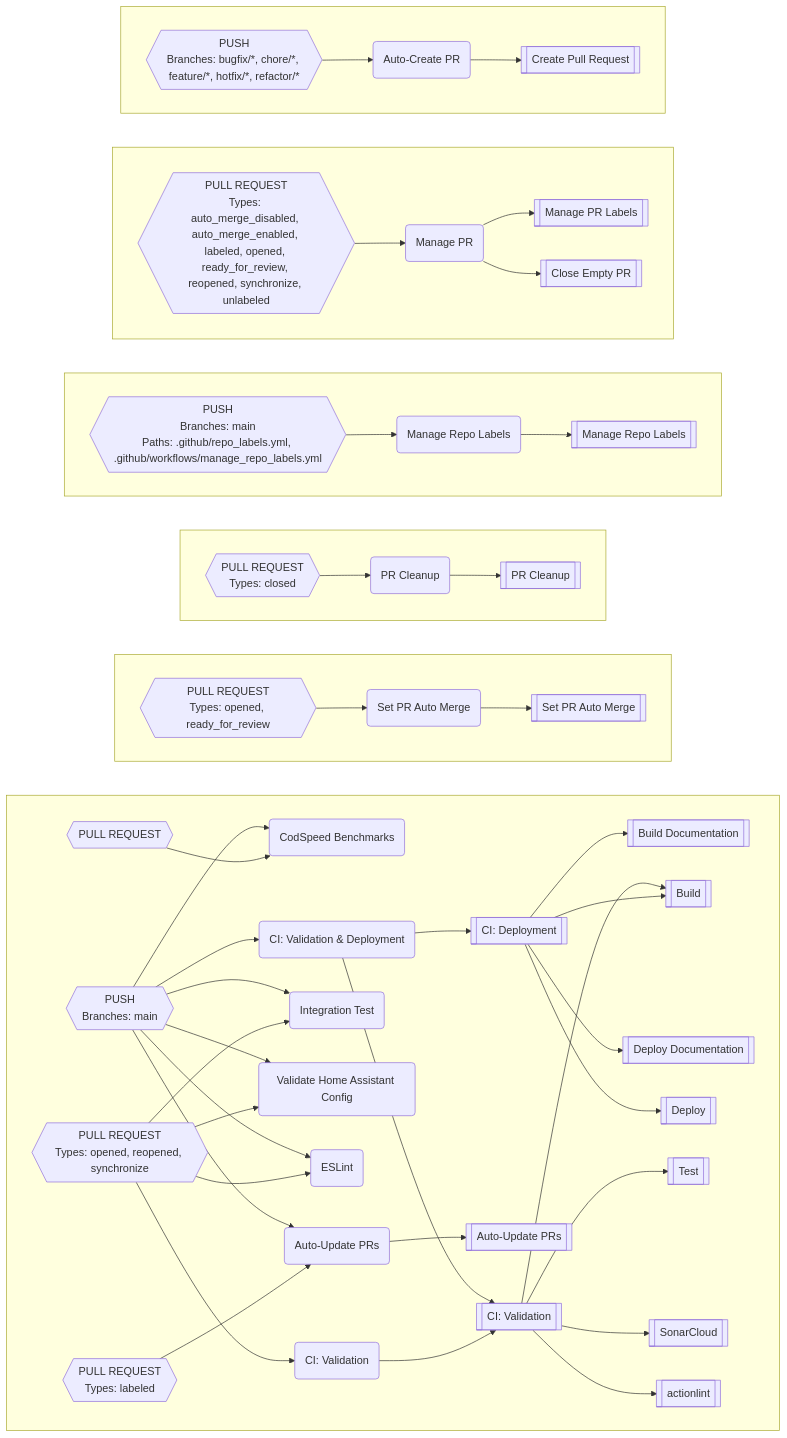
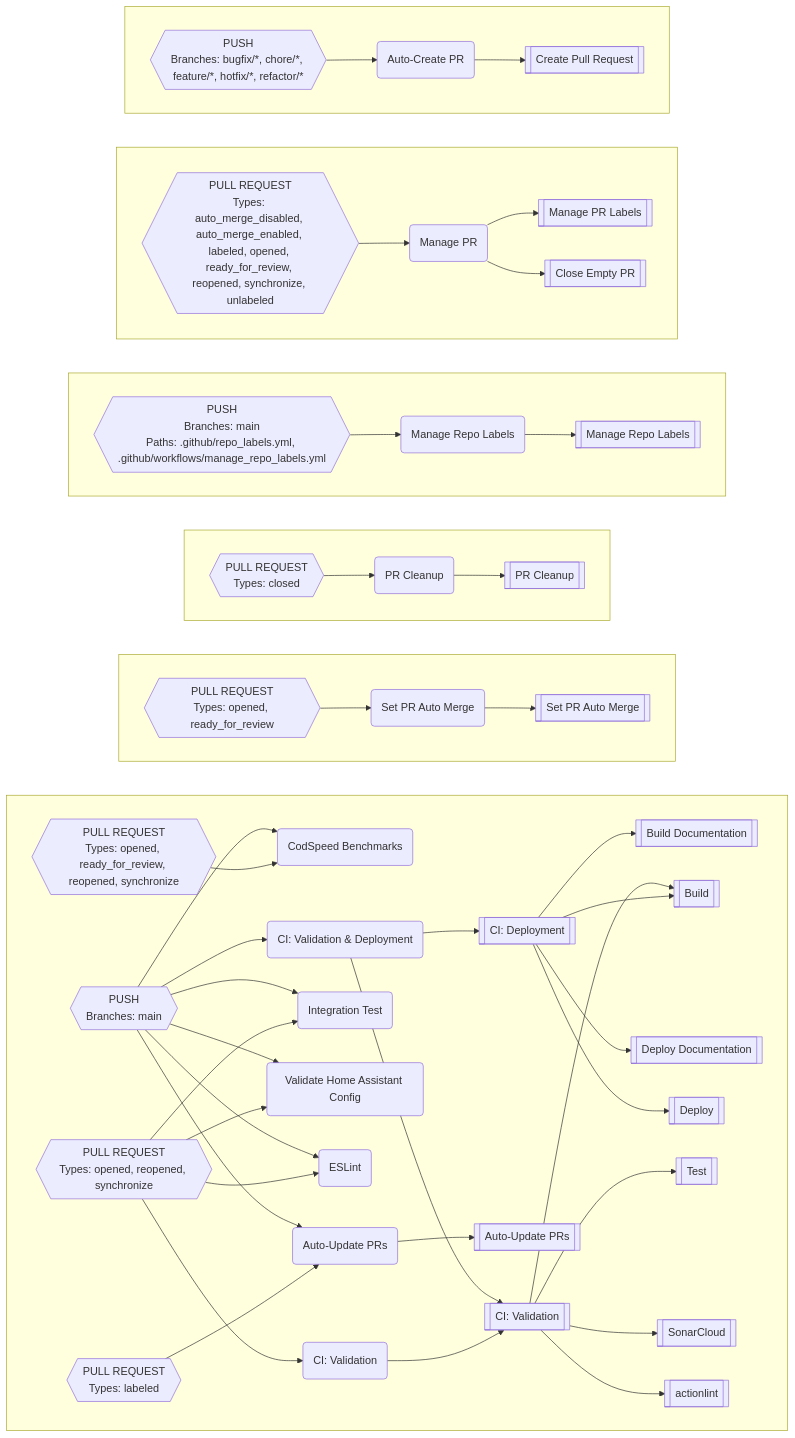
The diagram in README.md (worgarside/github-config-files), drawn with Mermaid before and after one commit. The commit also changed 1 other file, not shown here.

Commit message:
Don't run CodSpeed on draft PRs

```diff
--- a/README.md
+++ b/README.md
@@ -354,7 +354,7 @@
 flowchart LR
 subgraph DQ[" "]
 direction LR
-DN-->DL
+DM-->DL
 DH-->V
 DJ-->DH
 DJ-->CY
@@ -454,7 +454,9 @@
 Types: opened, reopened, synchronize
 "}}
 DL("CodSpeed Benchmarks")
-DN{{"PULL REQUEST"}}
+DM{{"PULL REQUEST
+Types: opened, ready_for_review, reopened, synchronize
+"}}
 E[["Build"]]
 I[["Build Documentation"]]
 M[["CI: Deployment"]]
```
